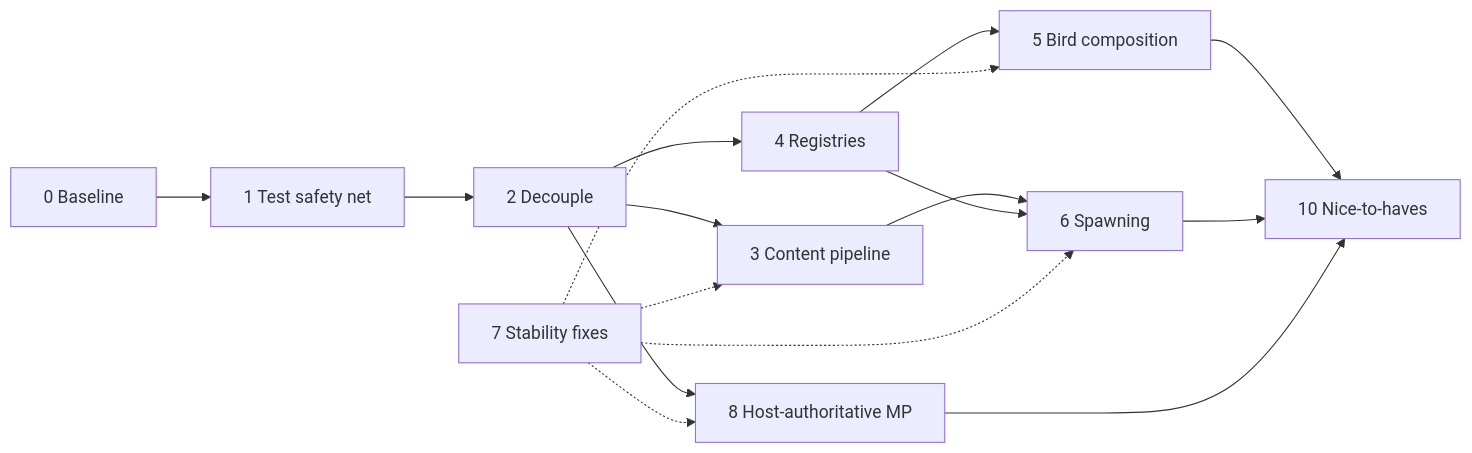
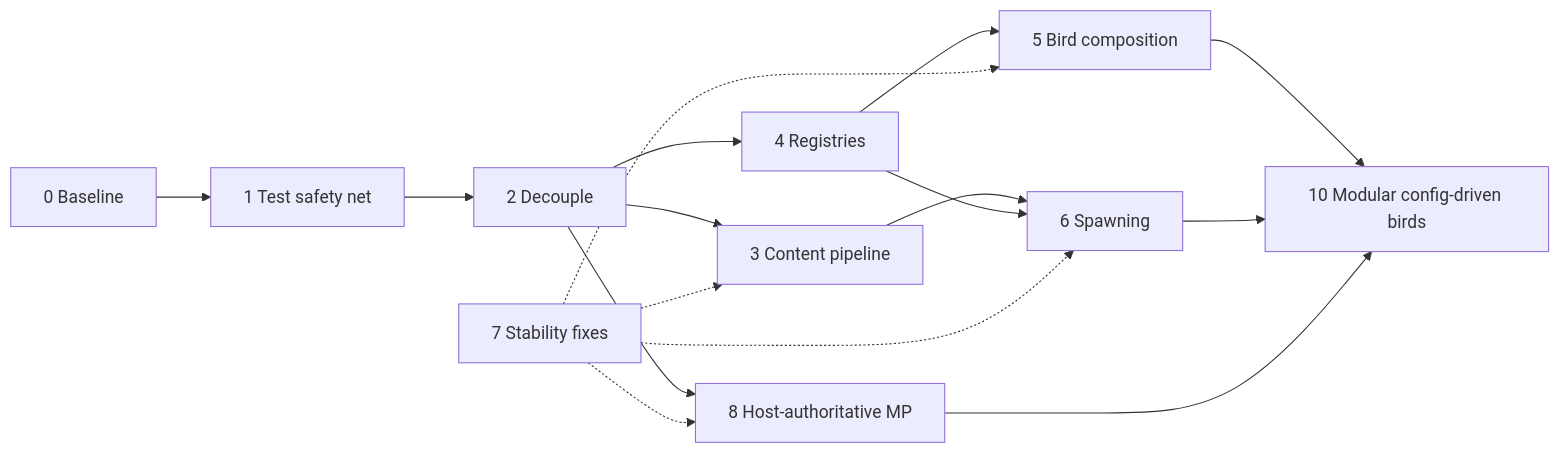
Before and after one commit to pschonev/BirdsEverywhere: the diagram in docs/REFACTOR.md, drawn with Mermaid. The commit also changed other lines of this file and 1 other file, not shown here.

Commit message:
docs: plan modular config-driven bird composition as Phase 10

````diff
--- a/docs/REFACTOR.md
+++ b/docs/REFACTOR.md
@@ -11,13 +11,13 @@
 ```mermaid
 flowchart LR
     P0["0 Baseline"] --> P1["1 Test safety net"]
     P1 --> P2["2 Decouple"]
     P2 --> P3["3 Content pipeline"]
     P2 --> P4["4 Registries"]
     P3 --> P6["6 Spawning"]
     P4 --> P6
     P4 --> P5["5 Bird composition"]
     P2 --> P8["8 Host-authoritative MP"]
     P7["7 Stability fixes"] -.-> P3 & P5 & P6 & P8
-    P5 & P6 & P8 --> P10["10 Nice-to-haves"]
+    P5 & P6 & P8 --> P10["10 Modular config-driven birds"]
 ```
````
